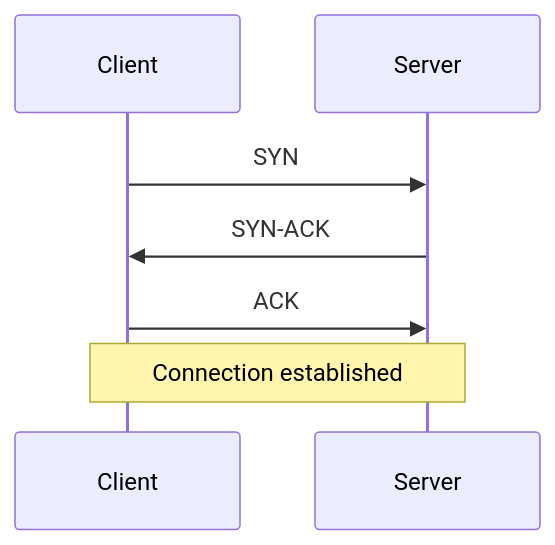
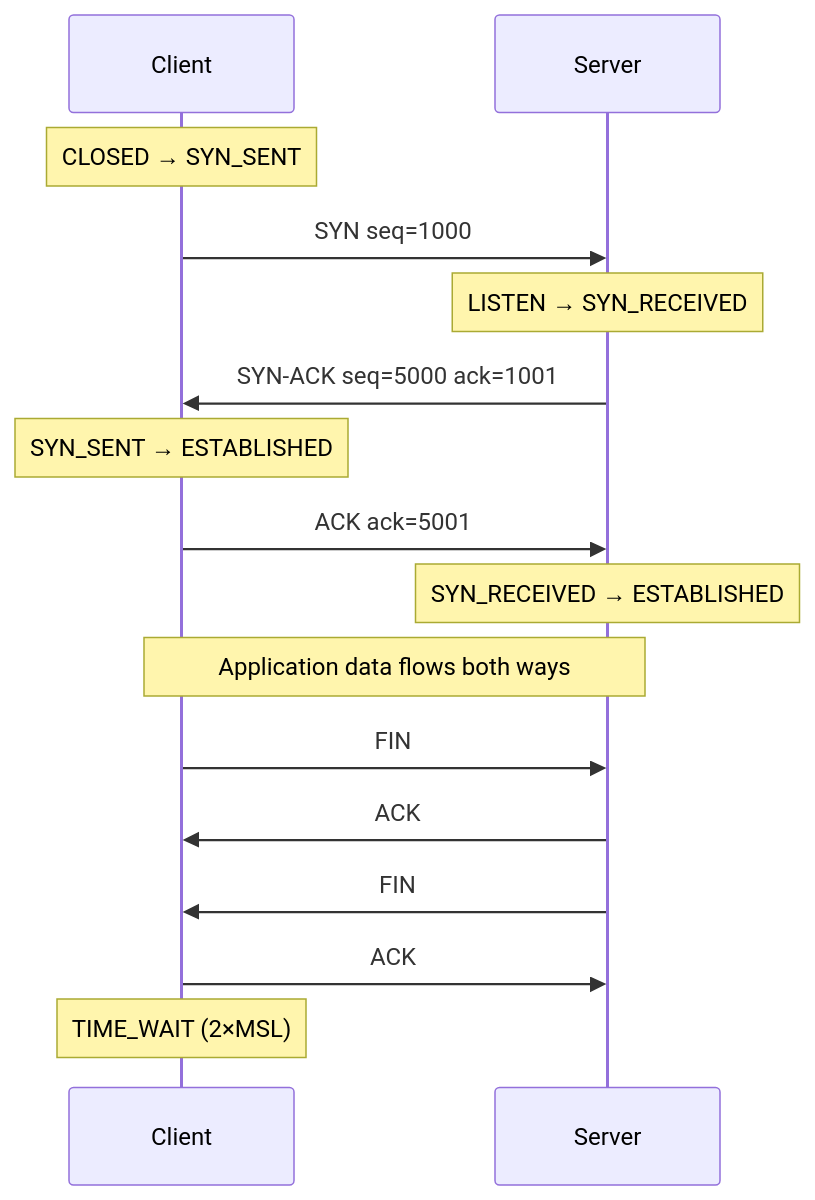
Before and after one commit to hareramcse/SystemDesign: the fourth of 24 diagrams in 01-networking/README.md, drawn with Mermaid. The commit also changed other lines of this file and 14 other files, not shown here.

````diff
--- a/01-networking/README.md
+++ b/01-networking/README.md
@@ -207,9 +237,18 @@
 ```mermaid
 sequenceDiagram
     participant C as Client
     participant S as Server
-    C->>S: SYN
-    S->>C: SYN-ACK
+    Note over C: CLOSED → SYN_SENT
+    C->>S: SYN seq=1000
+    Note over S: LISTEN → SYN_RECEIVED
+    S->>C: SYN-ACK seq=5000 ack=1001
+    Note over C: SYN_SENT → ESTABLISHED
+    C->>S: ACK ack=5001
+    Note over S: SYN_RECEIVED → ESTABLISHED
+    Note over C,S: Application data flows both ways
+    C->>S: FIN
+    S->>C: ACK
+    S->>C: FIN
     C->>S: ACK
-    Note over C,S: Connection established
+    Note over C: TIME_WAIT (2×MSL)
 ```
````
